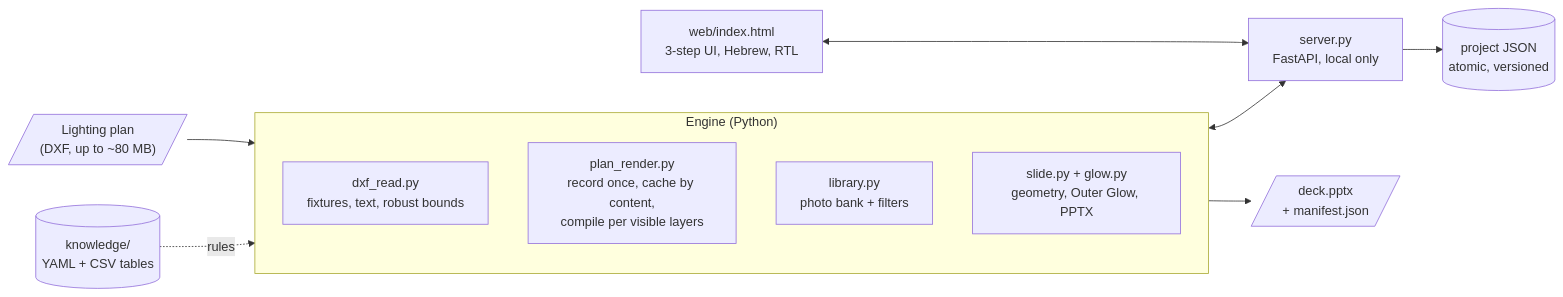
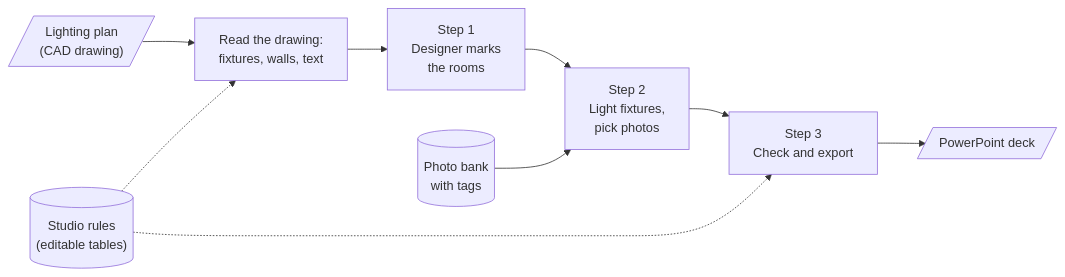
The diagram in README.md (guyavron/lighting-deck-generator), drawn with Mermaid before and after one commit. The commit also changed other lines of this file, not shown here.

````diff
--- a/README.md
+++ b/README.md
@@ -53,22 +52,11 @@
 ```mermaid
 flowchart LR
-    DXF[/"Lighting plan<br/>(DXF, up to ~80 MB)"/]
-    UI["web/index.html<br/>3-step UI, Hebrew, RTL"]
-    subgraph ENG["Engine (Python)"]
-        direction TB
-        READ["dxf_read.py<br/>fixtures, text, robust bounds"]
-        REC["plan_render.py<br/>record once, cache by content,<br/>compile per visible layers"]
-        LIB["library.py<br/>photo bank + filters"]
-        SLIDE["slide.py + glow.py<br/>geometry, Outer Glow, PPTX"]
-    end
-    KN[("knowledge/<br/>YAML + CSV tables")]
-    SRV["server.py<br/>FastAPI, local only"]
-    OUT[/"deck.pptx<br/>+ manifest.json"/]
-    PROJ[("project JSON<br/>atomic, versioned")]
-    DXF --> ENG
-    KN -. "rules" .-> ENG
-    ENG <--> SRV
-    UI <--> SRV
-    SRV --> PROJ
-    ENG --> OUT
+    DXF[/"Lighting plan<br/>(CAD drawing)"/] --> READ["Read the drawing:<br/>fixtures, walls, text"]
+    READ --> A["Step 1<br/>Designer marks<br/>the rooms"]
+    A --> B["Step 2<br/>Light fixtures,<br/>pick photos"]
+    BANK[("Photo bank<br/>with tags")] --> B
+    B --> C["Step 3<br/>Check and export"]
+    RULES[("Studio rules<br/>(editable tables)")] -.-> READ
+    RULES -.-> C
+    C --> OUT[/"PowerPoint deck"/]
 ```
````
